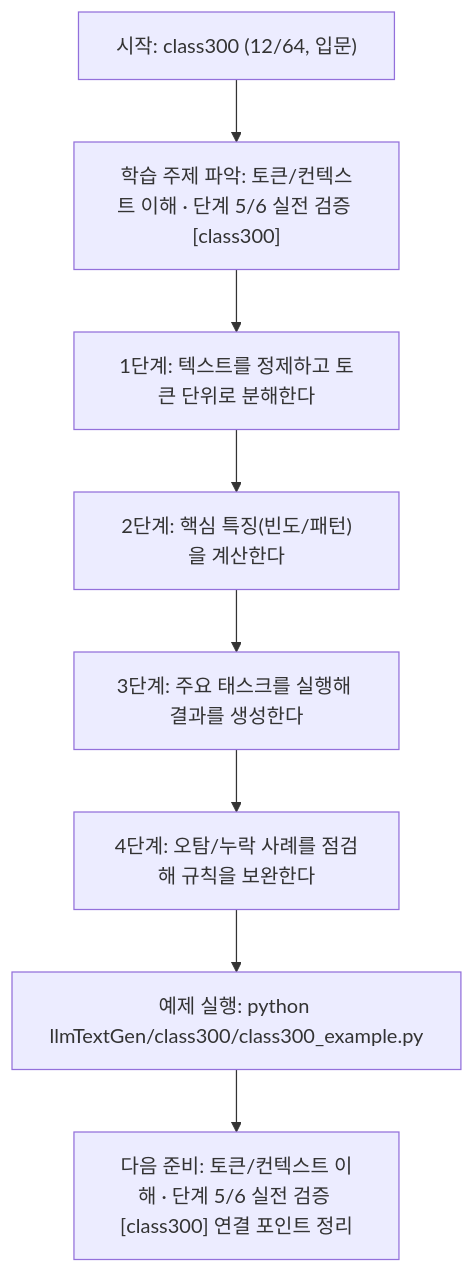
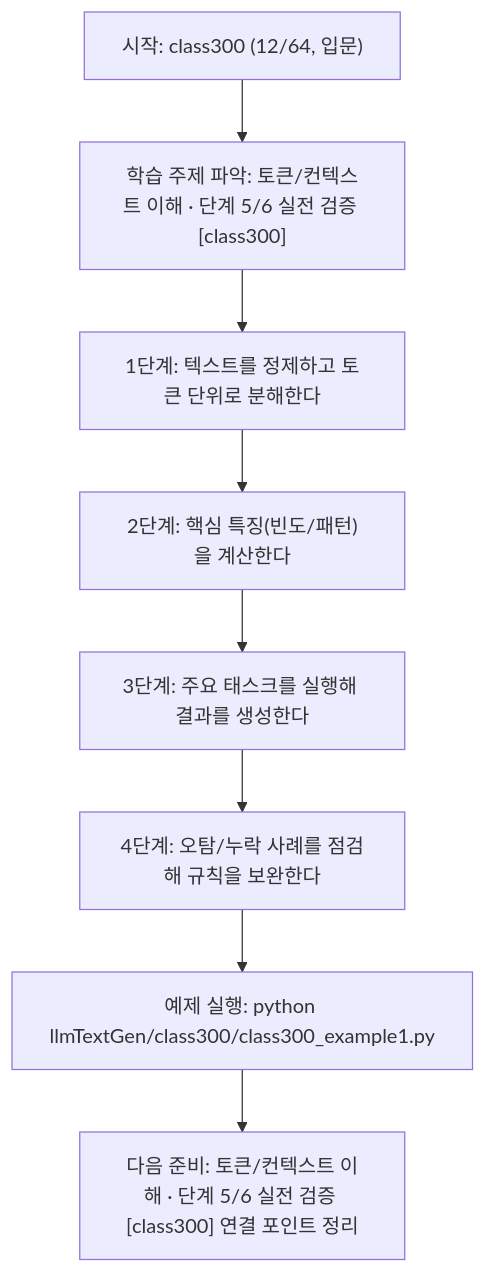
The diagram in llmTextGen/class300/class300.md (edumgt/Python-AI_Agent-Class), drawn with Mermaid before and after one commit. The commit also changed other lines of this file and 2959 other files, not shown here.

````diff
--- a/llmTextGen/class300/class300.md
+++ b/llmTextGen/class300/class300.md
@@ -114,18 +114,18 @@
 ```mermaid
 flowchart TD
 N1["시작: class300 (12/64, 입문)"]
 N2["학습 주제 파악: 토큰/컨텍스트 이해 · 단계 5/6 실전 검증 [class300]"]
 N3["1단계: 텍스트를 정제하고 토큰 단위로 분해한다"]
 N4["2단계: 핵심 특징(빈도/패턴)을 계산한다"]
 N5["3단계: 주요 태스크를 실행해 결과를 생성한다"]
 N6["4단계: 오탐/누락 사례를 점검해 규칙을 보완한다"]
-N7["예제 실행: python llmTextGen/class300/class300_example.py"]
+N7["예제 실행: python llmTextGen/class300/class300_example1.py"]
 N8["다음 준비: 토큰/컨텍스트 이해 · 단계 5/6 실전 검증 [class300] 연결 포인트 정리"]
 N1 --> N2
 N2 --> N3
 N3 --> N4
 N4 --> N5
 N5 --> N6
 N6 --> N7
 N7 --> N8
 ```
````
